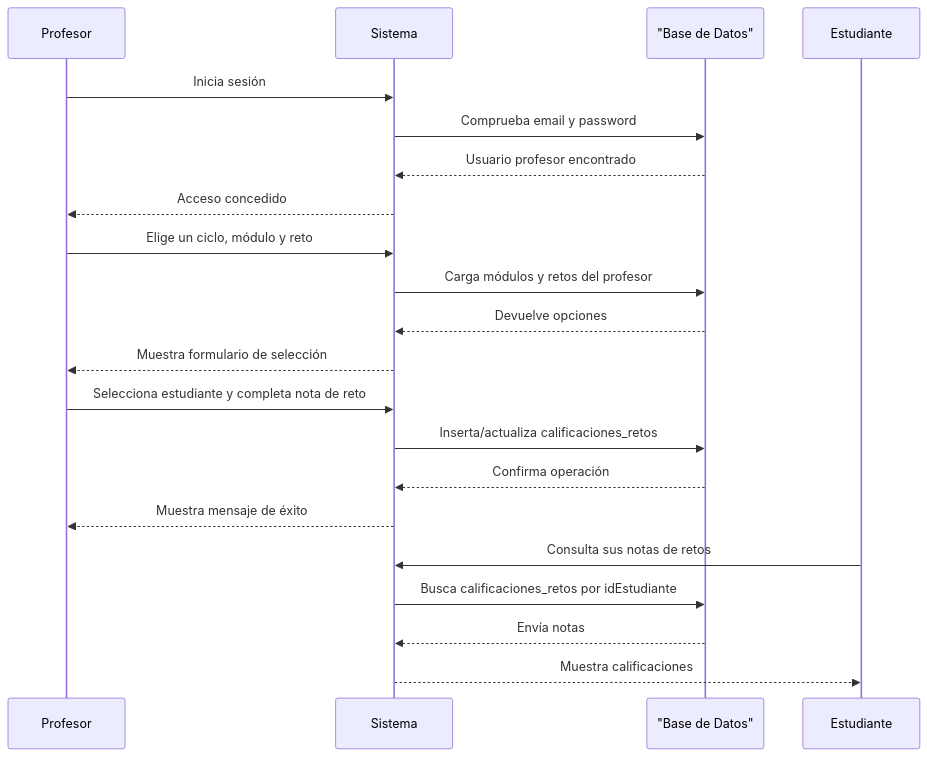
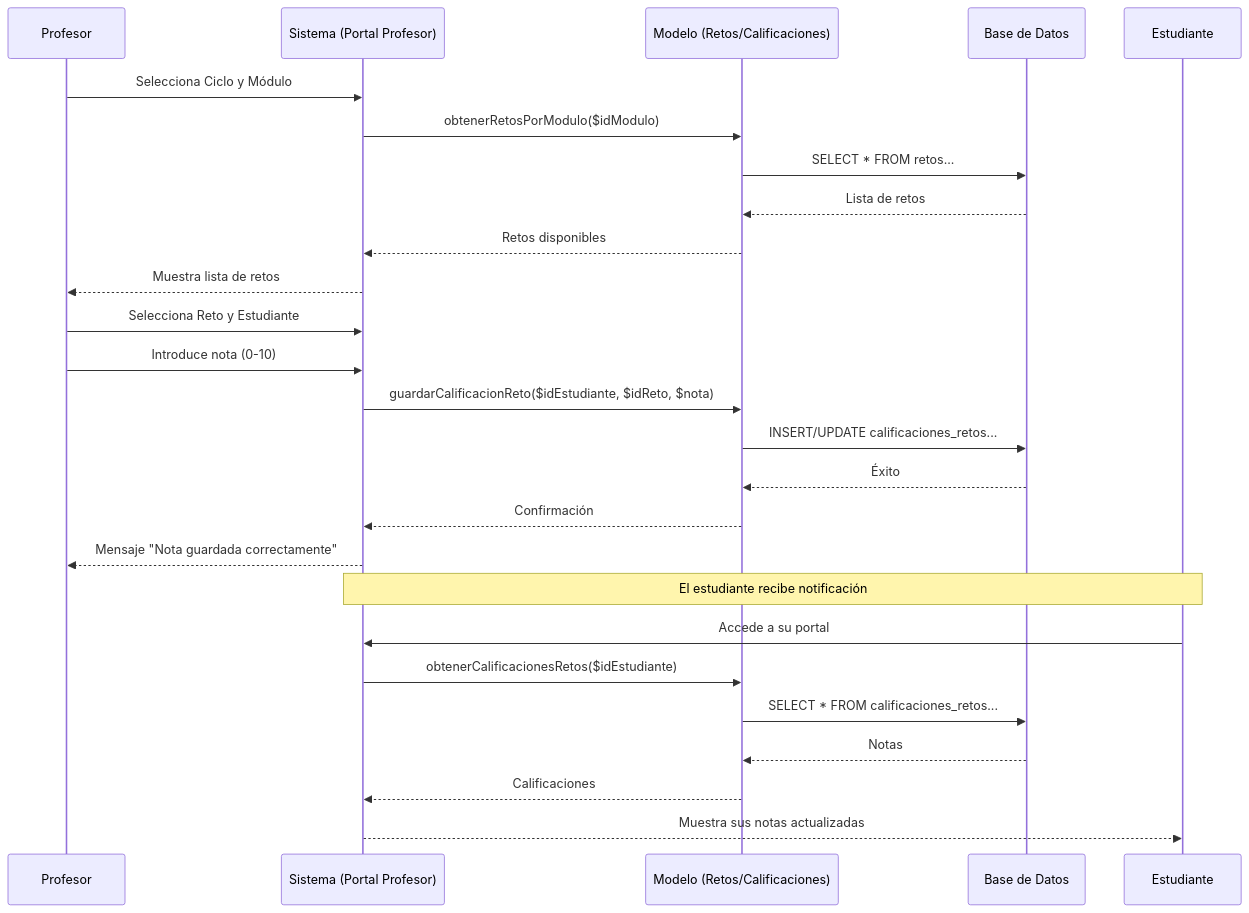
Before and after one commit to yassinlahhit95/pfc: the second of 2 diagrams in diagramas.md, drawn with Mermaid. The commit also changed other lines of this file and 185 other files, not shown here.

````diff
--- a/diagramas.md
+++ b/diagramas.md
@@ -142,27 +152,31 @@
 ```mermaid
 sequenceDiagram
-    participant Profesor
-    participant Sistema
-    participant BaseDatos as "Base de Datos"
-    participant Estudiante
+    participant P as Profesor
+    participant S as Sistema (Portal Profesor)
+    participant M as Modelo (Retos/Calificaciones)
+    participant B as Base de Datos
+    participant E as Estudiante
 
-    Profesor->>Sistema: Inicia sesión
-    Sistema->>BaseDatos: Comprueba email y password
-    BaseDatos-->>Sistema: Usuario profesor encontrado
-    Sistema-->>Profesor: Acceso concedido
+    P->>S: Selecciona Ciclo y Módulo
+    S->>M: obtenerRetosPorModulo($idModulo)
+    M->>B: SELECT * FROM retos...
+    B-->>M: Lista de retos
+    M-->>S: Retos disponibles
+    S-->>P: Muestra lista de retos
 
-    Profesor->>Sistema: Elige un ciclo, módulo y reto
-    Sistema->>BaseDatos: Carga módulos y retos del profesor
-    BaseDatos-->>Sistema: Devuelve opciones
-    Sistema-->>Profesor: Muestra formulario de selección
+    P->>S: Selecciona Reto y Estudiante
+    P->>S: Introduce nota (0-10)
+    S->>M: guardarCalificacionReto($idEstudiante, $idReto, $nota)
+    M->>B: INSERT/UPDATE calificaciones_retos...
+    B-->>M: Éxito
+    M-->>S: Confirmación
+    S-->>P: Mensaje "Nota guardada correctamente"
 
-    Profesor->>Sistema: Selecciona estudiante y completa nota de reto
-    Sistema->>BaseDatos: Inserta/actualiza calificaciones_retos
-    BaseDatos-->>Sistema: Confirma operación
-    Sistema-->>Profesor: Muestra mensaje de éxito
-
-    Estudiante->>Sistema: Consulta sus notas de retos
-    Sistema->>BaseDatos: Busca calificaciones_retos por idEstudiante
-    BaseDatos-->>Sistema: Envía notas
-    Sistema-->>Estudiante: Muestra calificaciones
+    Note over S,E: El estudiante recibe notificación
+    E->>S: Accede a su portal
+    S->>M: obtenerCalificacionesRetos($idEstudiante)
+    M->>B: SELECT * FROM calificaciones_retos...
+    B-->>M: Notas
+    M-->>S: Calificaciones
+    S-->>E: Muestra sus notas actualizadas
 ```
````
